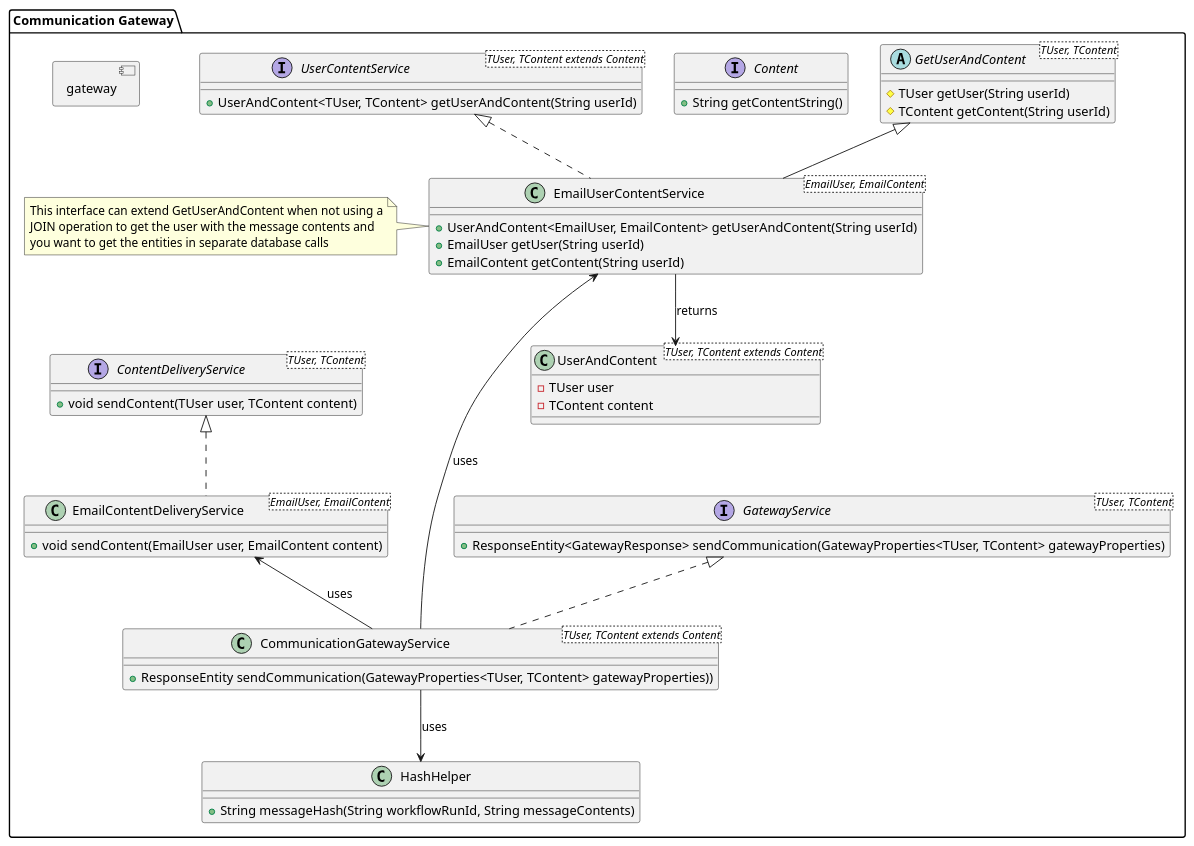
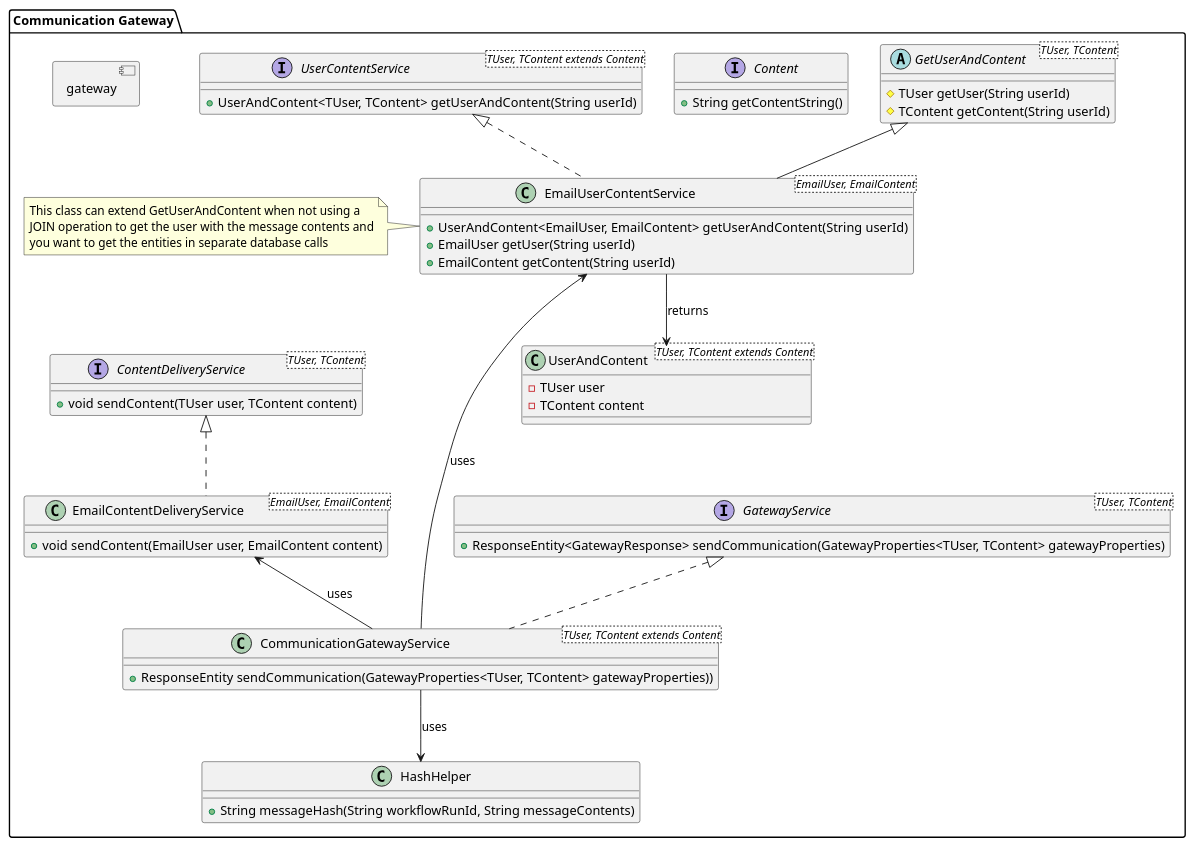
The diagram in Designs/System Context/Components/GatewayInterfacesUserAndContent.puml (CameronWard301/communication_scheduler), drawn with PlantUML before and after one commit. The commit also changed 23 other files, not shown here.

```diff
--- a/Designs/System Context/Components/GatewayInterfacesUserAndContent.puml
+++ b/Designs/System Context/Components/GatewayInterfacesUserAndContent.puml
@@ -1,68 +1,68 @@
 @startuml Gateway Interfaces
 
 package "Communication Gateway" as communicationGateway {
     component gateway {
 
     }
 
 
     class HashHelper {
         + String messageHash(String workflowRunId, String messageContents)
     }
 
 
     interface GatewayService <TUser, TContent>{
             + ResponseEntity<GatewayResponse> sendCommunication(GatewayProperties<TUser, TContent> gatewayProperties)
     }
 
     class CommunicationGatewayService<TUser, TContent extends Content> implements GatewayService {
         + ResponseEntity sendCommunication(GatewayProperties<TUser, TContent> gatewayProperties))
     }
 
     abstract class GetUserAndContent <TUser, TContent> {
         # TUser getUser(String userId)
         # TContent getContent(String userId)
     }
 
     interface Content {
         + String getContentString()
     }
 
     class UserAndContent <TUser, TContent extends Content> {
         - TUser user
         - TContent content
     }
 
     interface UserContentService <TUser, TContent extends Content> {
             + UserAndContent<TUser, TContent> getUserAndContent(String userId)
     }
 
     class EmailUserContentService <EmailUser, EmailContent> extends GetUserAndContent implements UserContentService {
         + UserAndContent<EmailUser, EmailContent> getUserAndContent(String userId)
         + EmailUser getUser(String userId)
         + EmailContent getContent(String userId)
     }
 
     interface ContentDeliveryService <TUser, TContent> {
         + void sendContent(TUser user, TContent content)
     }
 
     class EmailContentDeliveryService<EmailUser, EmailContent> implements ContentDeliveryService {
         + void sendContent(EmailUser user, EmailContent content)
     }
 
    note left of EmailUserContentService
-        This interface can extend GetUserAndContent when not using a
+        This class can extend GetUserAndContent when not using a
         JOIN operation to get the user with the message contents and
         you want to get the entities in separate database calls
    end note
 
 
     CommunicationGatewayService -u-> EmailContentDeliveryService: uses
     CommunicationGatewayService -u---> EmailUserContentService: uses
     CommunicationGatewayService --> HashHelper: uses
     EmailUserContentService --> UserAndContent: returns
 }
 
 
 @enduml
```
